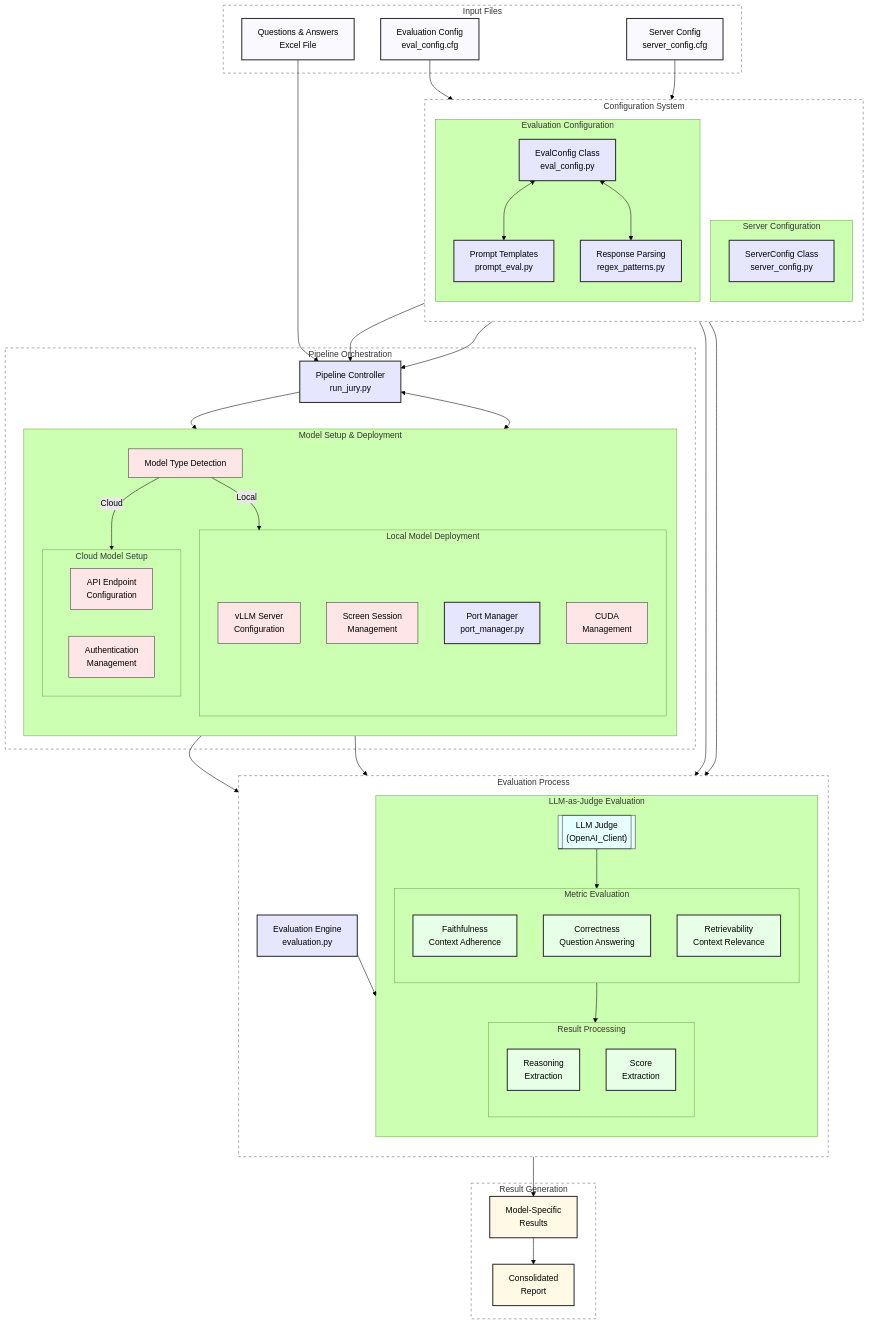
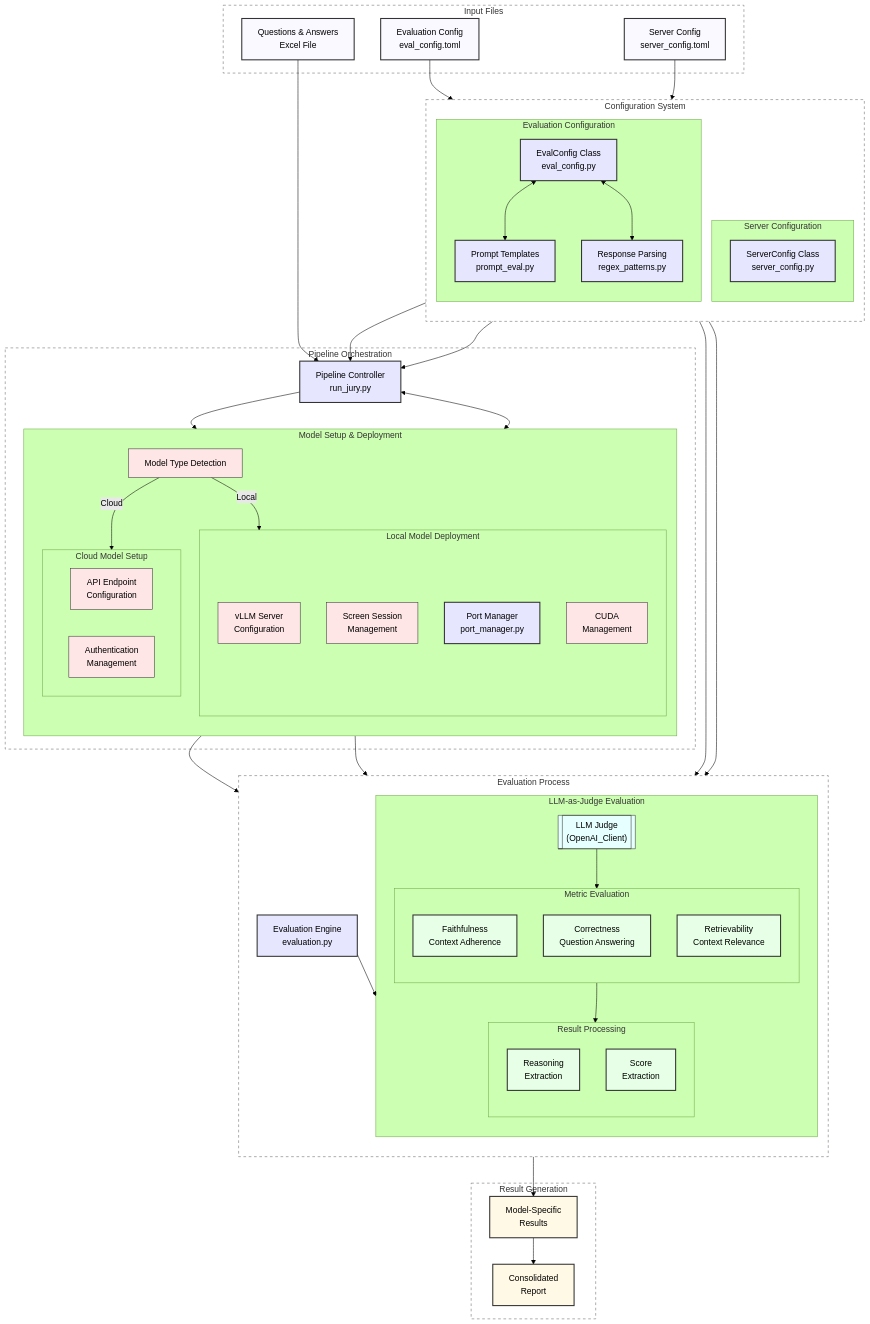
The diagram in wattelse/evaluation_pipeline/README.md (rte-france/wattelse), drawn with Mermaid (forest theme) before and after one commit. The commit also changed other lines of this file and 1 other file, not shown here.

```diff
--- a/wattelse/evaluation_pipeline/README.md
+++ b/wattelse/evaluation_pipeline/README.md
@@ -10,8 +10,8 @@
     %% Input Files
     subgraph Input["Input Files"]
         QA[Questions & Answers<br/>Excel File]
-        CF[Evaluation Config<br/>eval_config.cfg]
-        SF[Server Config<br/>server_config.cfg]
+        CF[Evaluation Config<br/>eval_config.toml]
+        SF[Server Config<br/>server_config.toml]
     end
 
     %% Configuration System with clearer separation
```
